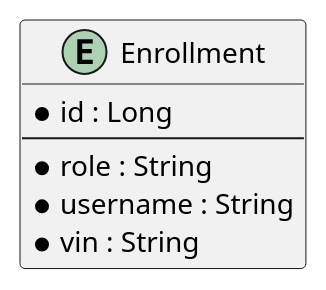
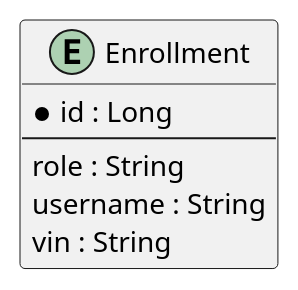
One commit to Dinesh-s95/AutoDoc.ai changed the fourth of 4 diagrams in enrollment/documentation/detaileddesign.adoc. Above: the diagram before and after it, drawn with PlantUML. The commit also changed other lines of this file and 4 other files, not shown here.

```diff
--- a/enrollment/documentation/detaileddesign.adoc
+++ b/enrollment/documentation/detaileddesign.adoc
@@ -235,13 +152,12 @@
-[plantuml, entity-relationship-diagram, png]
-----
+[plantuml, er-diagram, png]
+....
 @startuml
 entity "Enrollment" {
-    * id : Long
-    --
-    * role : String
-    * username : String
-    * vin : String
+  * id : Long
+  ---
+  role : String
+  username : String
+  vin : String
 }
-
 @enduml
-----
+....
```
